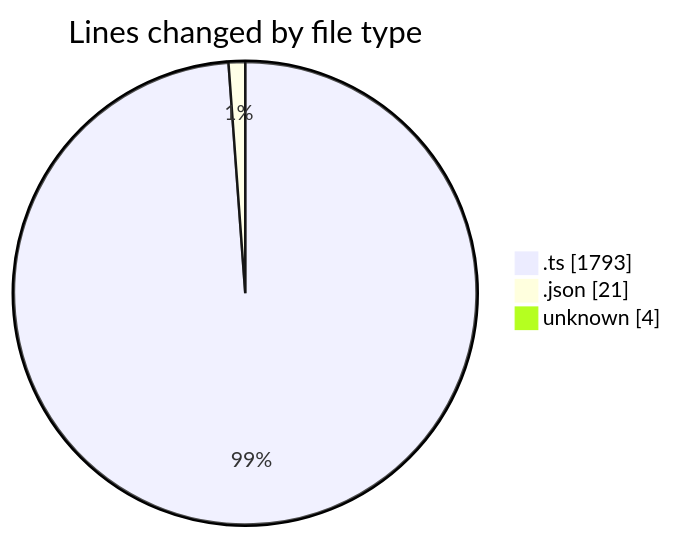
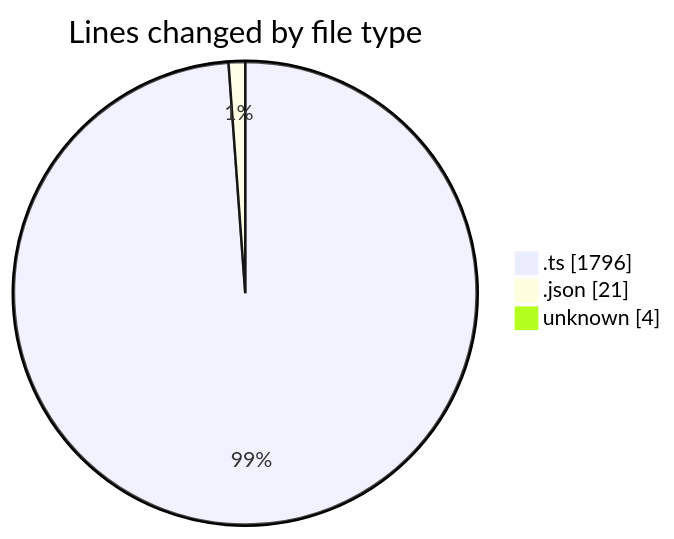
Before and after one commit to tmsrecording-cyber/code-tracking: the first of 2 diagrams in 2026-02-03/singularitybrainai/README.md, drawn with Mermaid. The commit also changed other lines of this file and 1 other file, not shown here.

````diff
--- a/2026-02-03/singularitybrainai/README.md
+++ b/2026-02-03/singularitybrainai/README.md
@@ -23,7 +23,7 @@
 ```mermaid
 pie showData
 title Lines changed by file type
-".ts" : 1793
+".ts" : 1796
 ".json" : 21
 "unknown" : 4
 ```
````
